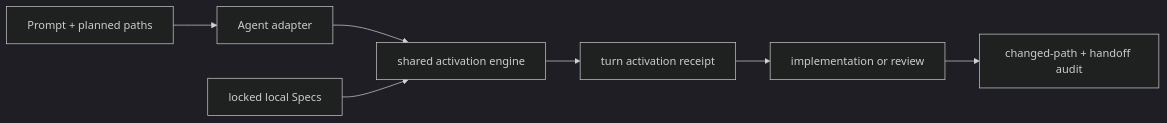
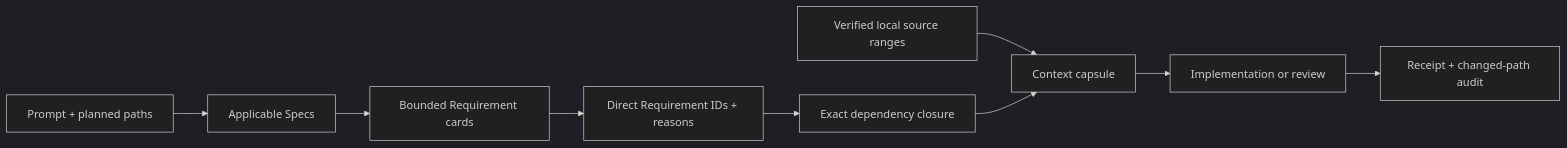
Before and after one commit to XiaoWeiKIN/RepoFoundryAI: the fourth of 4 diagrams in README.md, drawn with Mermaid (dark theme). The commit also changed other lines of this file and 25 other files, not shown here.

````diff
--- a/README.md
+++ b/README.md
@@ -422,9 +426,11 @@
 ```mermaid
 flowchart LR
-    P["Prompt + planned paths"] --> D["Agent adapter"]
-    D --> R["shared activation engine"]
-    L["locked local Specs"] --> R
-    R --> A["turn activation receipt"]
-    A --> W["implementation or review"]
-    W --> H["changed-path + handoff audit"]
+    P["Prompt + planned paths"] --> S["Applicable Specs"]
+    S --> C["Bounded Requirement cards"]
+    C --> D["Direct Requirement IDs + reasons"]
+    D --> X["Exact dependency closure"]
+    L["Verified local source ranges"] --> K["Context capsule"]
+    X --> K
+    K --> W["Implementation or review"]
+    W --> H["Receipt + changed-path audit"]
 ```
````
